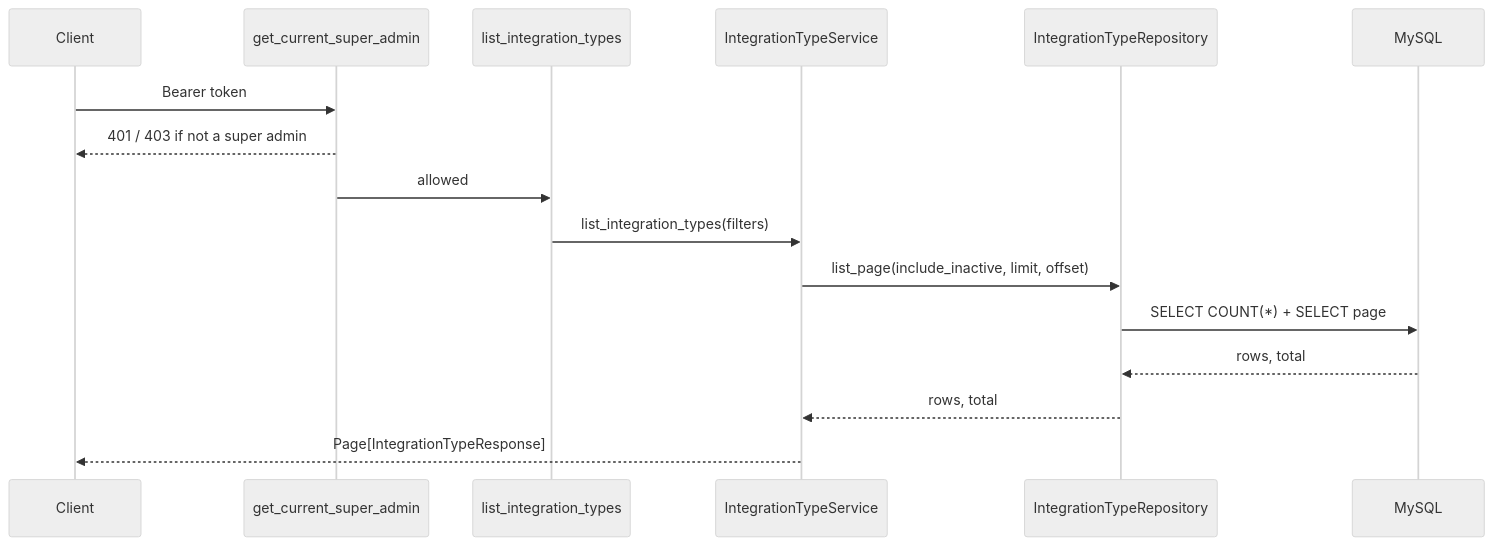
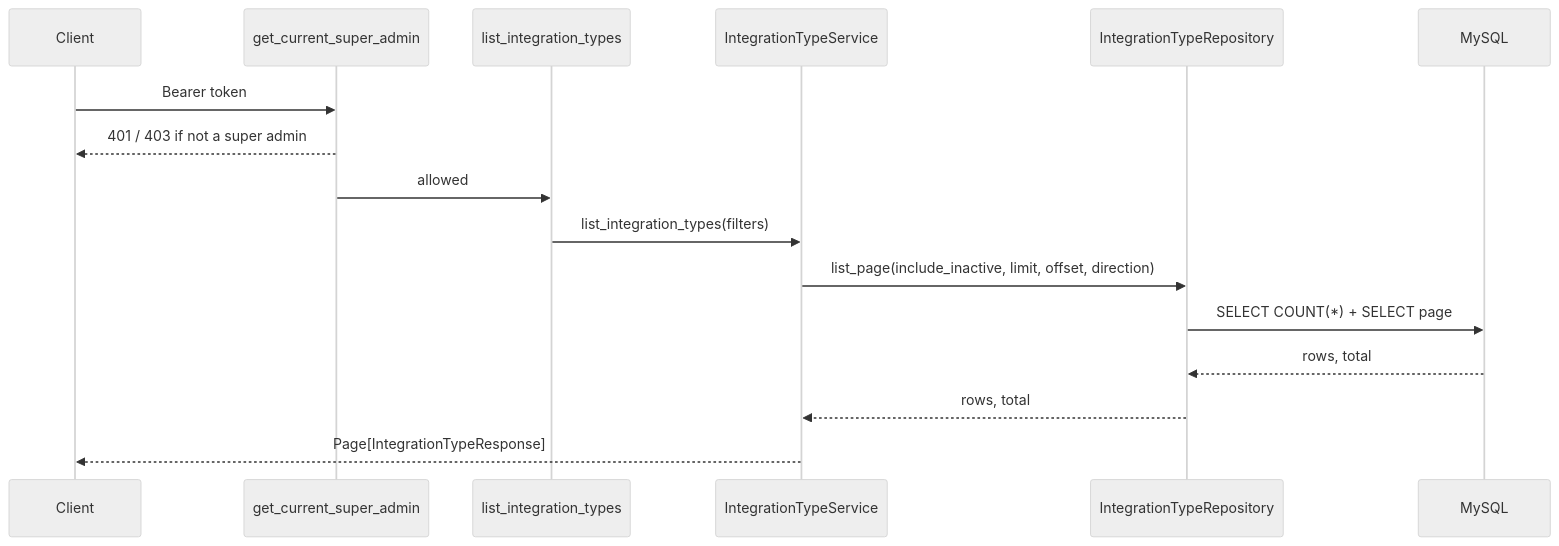
The diagram in docs/features/integration_types.md (Manilvc/everycred-integration-service), drawn with Mermaid (neutral theme) before and after one commit. The commit also changed other lines of this file and 7 other files, not shown here.

````diff
--- a/docs/features/integration_types.md
+++ b/docs/features/integration_types.md
@@ -95,18 +105,18 @@
 ```mermaid
 sequenceDiagram
     participant Client
     participant Auth as get_current_super_admin
     participant Router as list_integration_types
     participant Service as IntegrationTypeService
     participant Repo as IntegrationTypeRepository
     participant DB as MySQL
     Client->>Auth: Bearer token
     Auth-->>Client: 401 / 403 if not a super admin
     Auth->>Router: allowed
     Router->>Service: list_integration_types(filters)
-    Service->>Repo: list_page(include_inactive, limit, offset)
+    Service->>Repo: list_page(include_inactive, limit, offset, direction)
     Repo->>DB: SELECT COUNT(*) + SELECT page
     DB-->>Repo: rows, total
     Repo-->>Service: rows, total
     Service-->>Client: Page[IntegrationTypeResponse]
 ```
````
